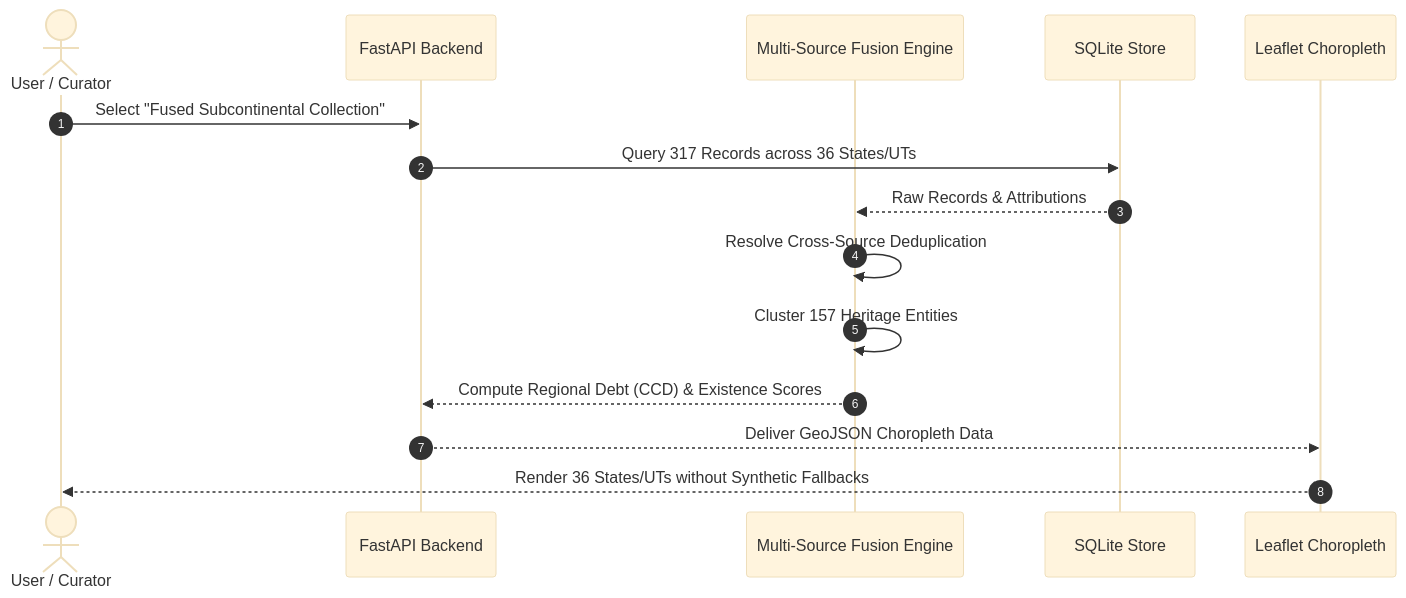
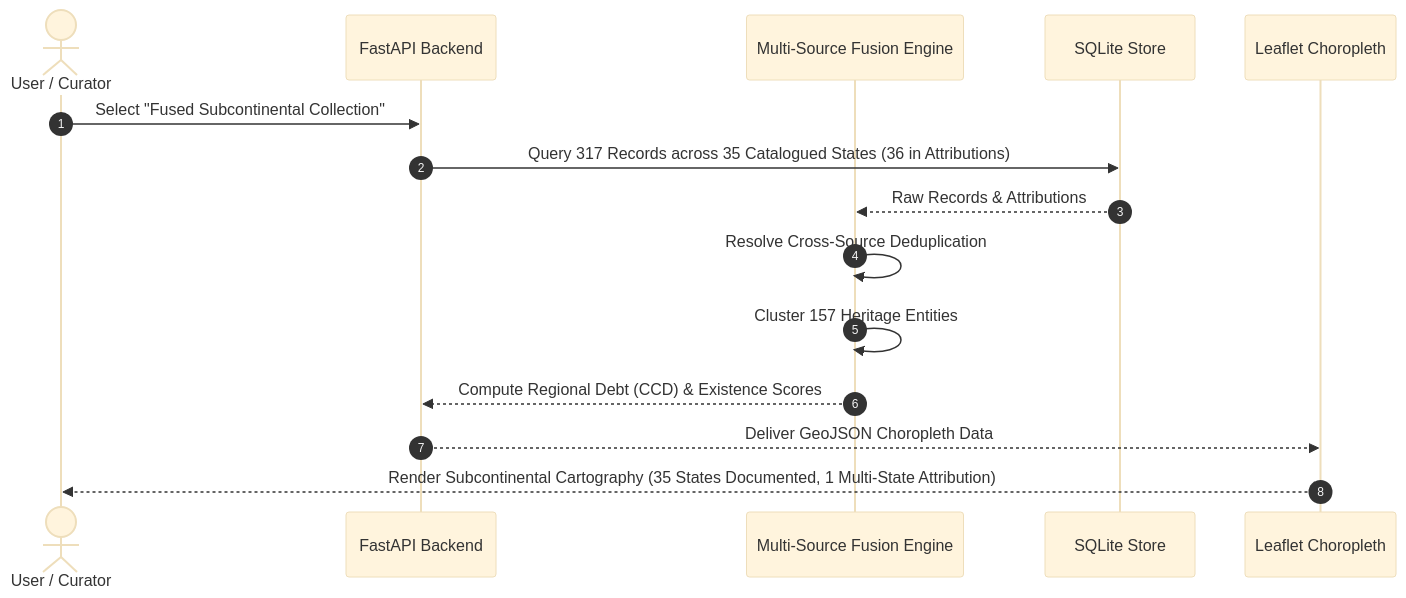
One commit to itsananyaaa/thesilentindex changed the fourth of 4 diagrams in README.md. Above: the diagram before and after it, drawn with Mermaid (base theme). The commit also changed other lines of this file and 36 other files, not shown here.

````diff
--- a/README.md
+++ b/README.md
@@ -251,18 +251,18 @@
 ```mermaid
 sequenceDiagram
     autonumber
     actor Curator as User / Curator
     participant API as FastAPI Backend
     participant Engine as Multi-Source Fusion Engine
     participant DB as SQLite Store
     participant Map as Leaflet Choropleth
 
     Curator->>API: Select "Fused Subcontinental Collection"
-    API->>DB: Query 317 Records across 36 States/UTs
+    API->>DB: Query 317 Records across 35 Catalogued States (36 in Attributions)
     DB-->>Engine: Raw Records & Attributions
     Engine->>Engine: Resolve Cross-Source Deduplication
     Engine->>Engine: Cluster 157 Heritage Entities
     Engine-->>API: Compute Regional Debt (CCD) & Existence Scores
     API-->>Map: Deliver GeoJSON Choropleth Data
-    Map-->>Curator: Render 36 States/UTs without Synthetic Fallbacks
+    Map-->>Curator: Render Subcontinental Cartography (35 States Documented, 1 Multi-State Attribution)
 ```
````
